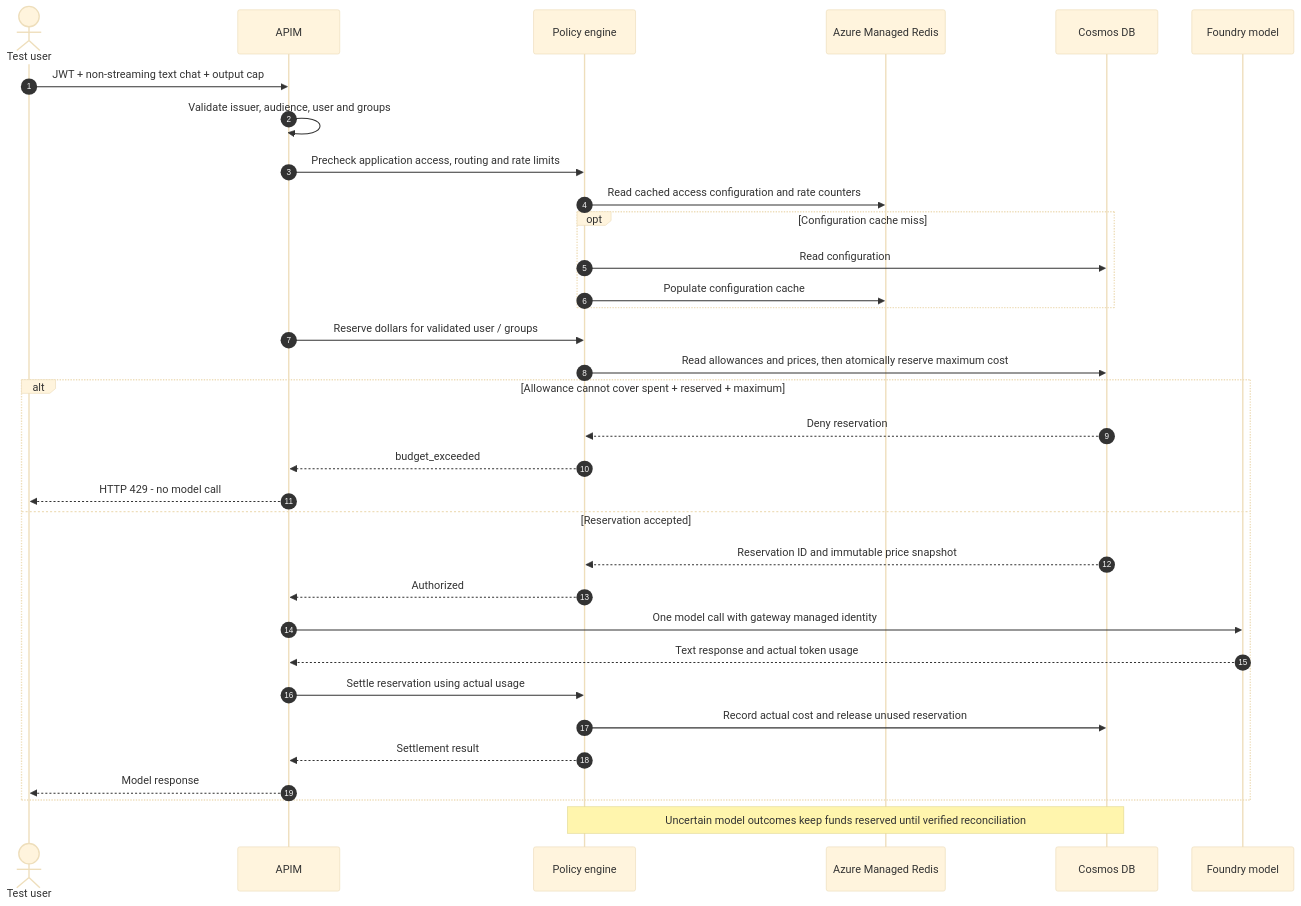
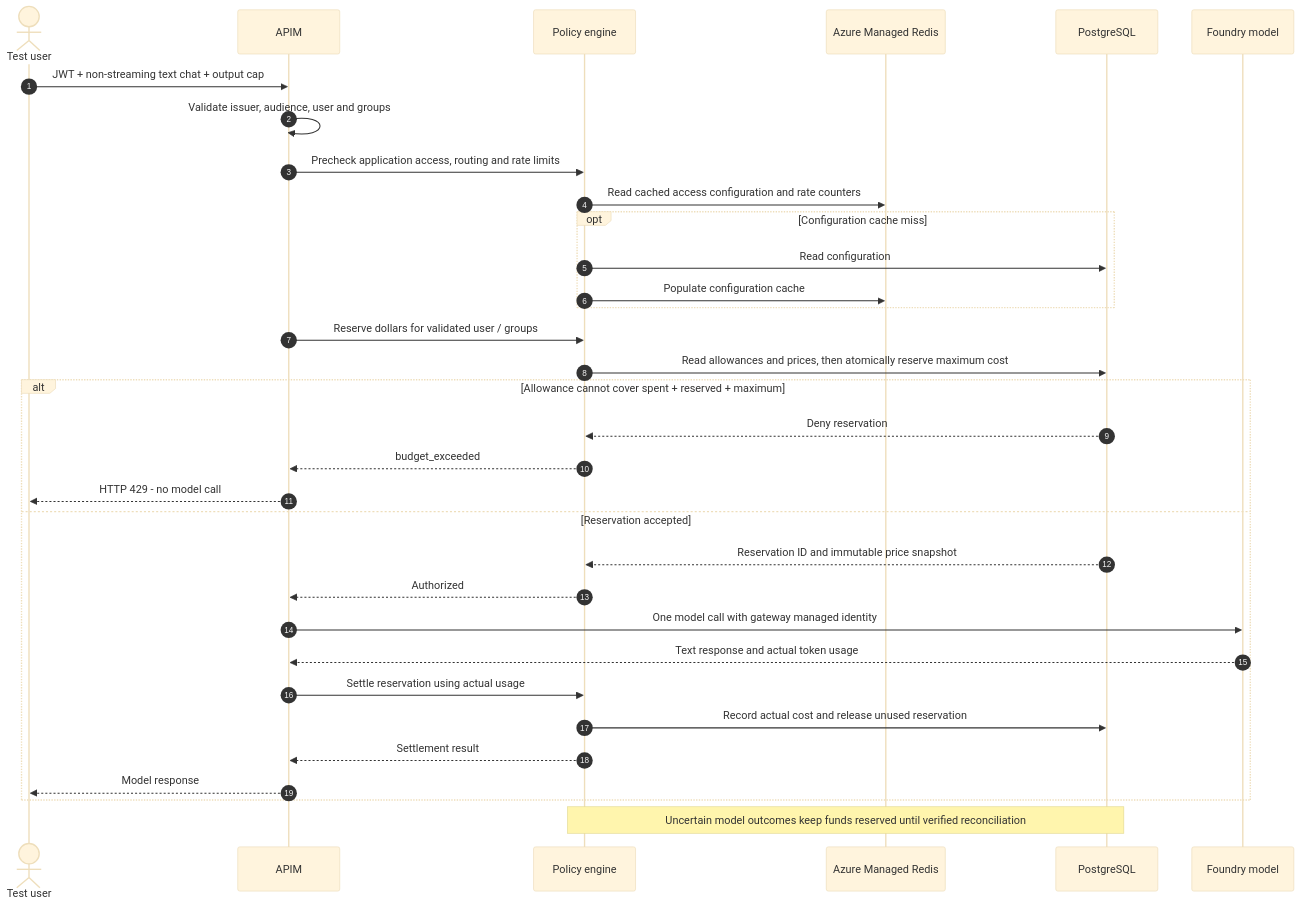
One commit to ij-23/aigw-with-budget-policy changed the second of 2 diagrams in docs/ARCHITECTURE.md. Above: the diagram before and after it, drawn with Mermaid (base theme). The commit also changed other lines of this file and 78 other files, not shown here.

Commit message:
feat: replace Cosmos with PostgreSQL and default to Sweden Central

````diff
--- a/docs/ARCHITECTURE.md
+++ b/docs/ARCHITECTURE.md
@@ -51,35 +51,35 @@
 ```mermaid
 sequenceDiagram
     autonumber
     actor U as Test user
     participant A as APIM
     participant E as Policy engine
     participant R as Azure Managed Redis
-    participant C as Cosmos DB
+    participant C as PostgreSQL
     participant F as Foundry model
     U->>A: JWT + non-streaming text chat + output cap
     A->>A: Validate issuer, audience, user and groups
     A->>E: Precheck application access, routing and rate limits
     E->>R: Read cached access configuration and rate counters
     opt Configuration cache miss
         E->>C: Read configuration
         E->>R: Populate configuration cache
     end
     A->>E: Reserve dollars for validated user / groups
     E->>C: Read allowances and prices, then atomically reserve maximum cost
     alt Allowance cannot cover spent + reserved + maximum
         C-->>E: Deny reservation
         E-->>A: budget_exceeded
         A-->>U: HTTP 429 - no model call
     else Reservation accepted
         C-->>E: Reservation ID and immutable price snapshot
         E-->>A: Authorized
         A->>F: One model call with gateway managed identity
         F-->>A: Text response and actual token usage
         A->>E: Settle reservation using actual usage
         E->>C: Record actual cost and release unused reservation
         E-->>A: Settlement result
         A-->>U: Model response
     end
     Note over E,C: Uncertain model outcomes keep funds reserved until verified reconciliation
 ```
````
